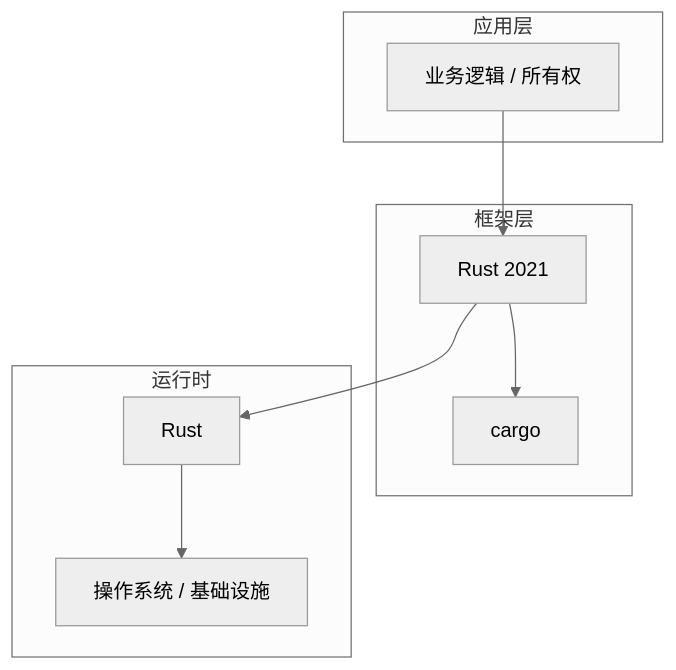
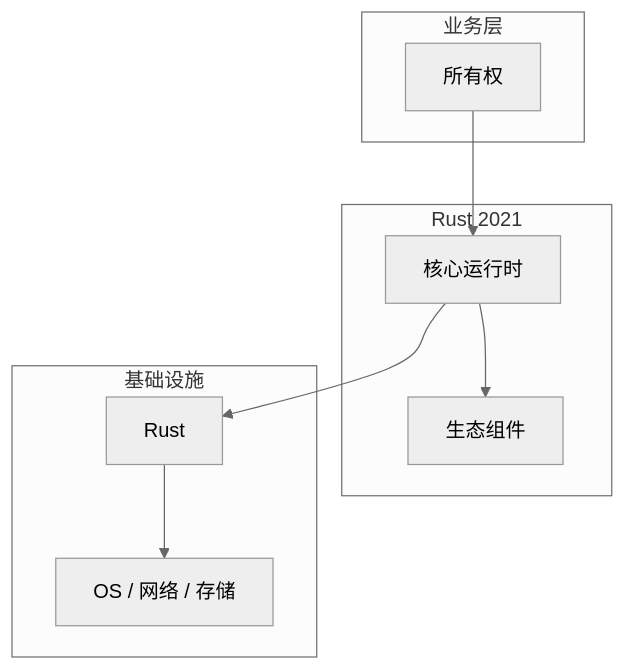
The diagram in articles/Rust语言/chapters/008-所有权核心概念与原理.md (yanggan2015/knowledge-json-v2), drawn with Mermaid (neutral theme) before and after one commit. The commit also changed other lines of this file and 10127 other files, not shown here.

````diff
--- a/articles/Rust语言/chapters/008-所有权核心概念与原理.md
+++ b/articles/Rust语言/chapters/008-所有权核心概念与原理.md
@@ -45,18 +34,18 @@
 ```mermaid
 graph TB
-    subgraph 应用层
-        A[业务逻辑 / 所有权]
+    subgraph 业务层
+        A[所有权]
     end
-    subgraph 框架层
-        B[Rust 2021]
-        C[cargo]
+    subgraph Rust 2021
+        B[核心运行时]
+        C[生态组件]
     end
-    subgraph 运行时
+    subgraph 基础设施
         D[Rust]
-        E[操作系统 / 基础设施]
+        E[OS / 网络 / 存储]
     end
     A --> B
     B --> C
     B --> D
     D --> E
 ```
````
